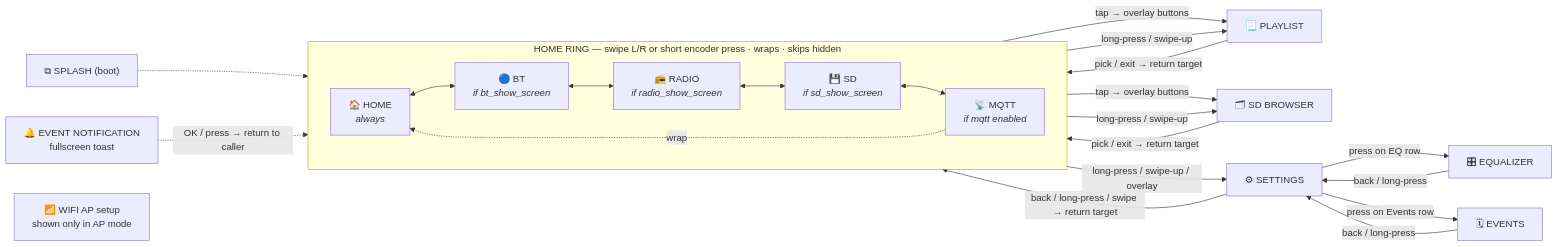
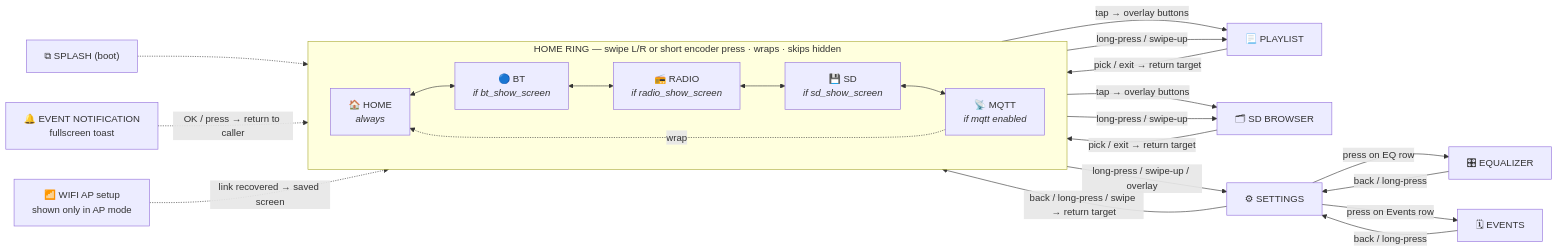
Before and after one commit to marcinozog/AtlasCube: the diagram in docs/navigation.md, drawn with Mermaid. The commit also changed other lines of this file and 9 other files, not shown here.

````diff
--- a/docs/navigation.md
+++ b/docs/navigation.md
@@ -31,35 +31,36 @@
 ```mermaid
 flowchart LR
     subgraph ring["HOME RING — swipe L/R or short encoder press · wraps · skips hidden"]
         direction LR
         HOME["🏠 HOME<br/><i>always</i>"]
         BT["🔵 BT<br/><i>if bt_show_screen</i>"]
         RADIO["📻 RADIO<br/><i>if radio_show_screen</i>"]
         SD["💾 SD<br/><i>if sd_show_screen</i>"]
         MQTT["📡 MQTT<br/><i>if mqtt enabled</i>"]
         HOME <--> BT
         BT <--> RADIO
         RADIO <--> SD
         SD <--> MQTT
         MQTT -. "wrap" .-> HOME
     end
 
     HOME -- "tap → overlay buttons" --> PLAYLIST["📃 PLAYLIST"]
     HOME -- "tap → overlay buttons" --> BROWSER["🗂 SD BROWSER"]
     HOME -- "long-press / swipe-up / overlay" --> SETTINGS["⚙ SETTINGS"]
 
     RADIO -- "long-press / swipe-up" --> PLAYLIST
     PLAYLIST -- "pick / exit → return target" --> HOME
     SD -- "long-press / swipe-up" --> BROWSER
     BROWSER -- "pick / exit → return target" --> HOME
 
     SETTINGS -- "back / long-press / swipe → return target" --> HOME
     SETTINGS -- "press on EQ row" --> EQ["🎛 EQUALIZER"]
     EQ -- "back / long-press" --> SETTINGS
     SETTINGS -- "press on Events row" --> EVENTS["🗓 EVENTS"]
     EVENTS -- "back / long-press" --> SETTINGS
 
     SPLASH["⧉ SPLASH (boot)"] -.-> ring
     NOTIF["🔔 EVENT NOTIFICATION<br/>fullscreen toast"] -. "OK / press → return to caller" .-> ring
     WIFI["📶 WIFI AP setup<br/>shown only in AP mode"]
+    WIFI -. "link recovered → saved screen" .-> ring
 ```
````
